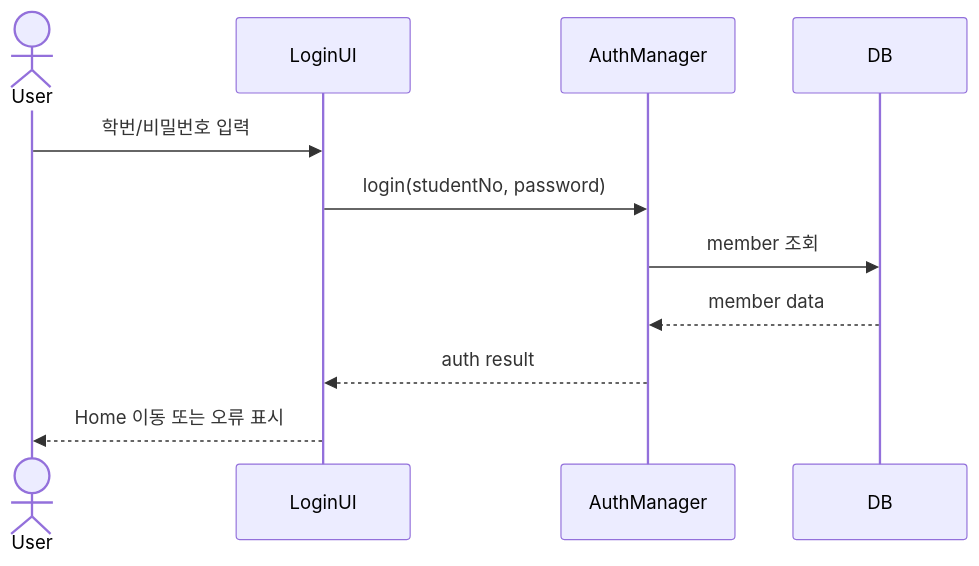
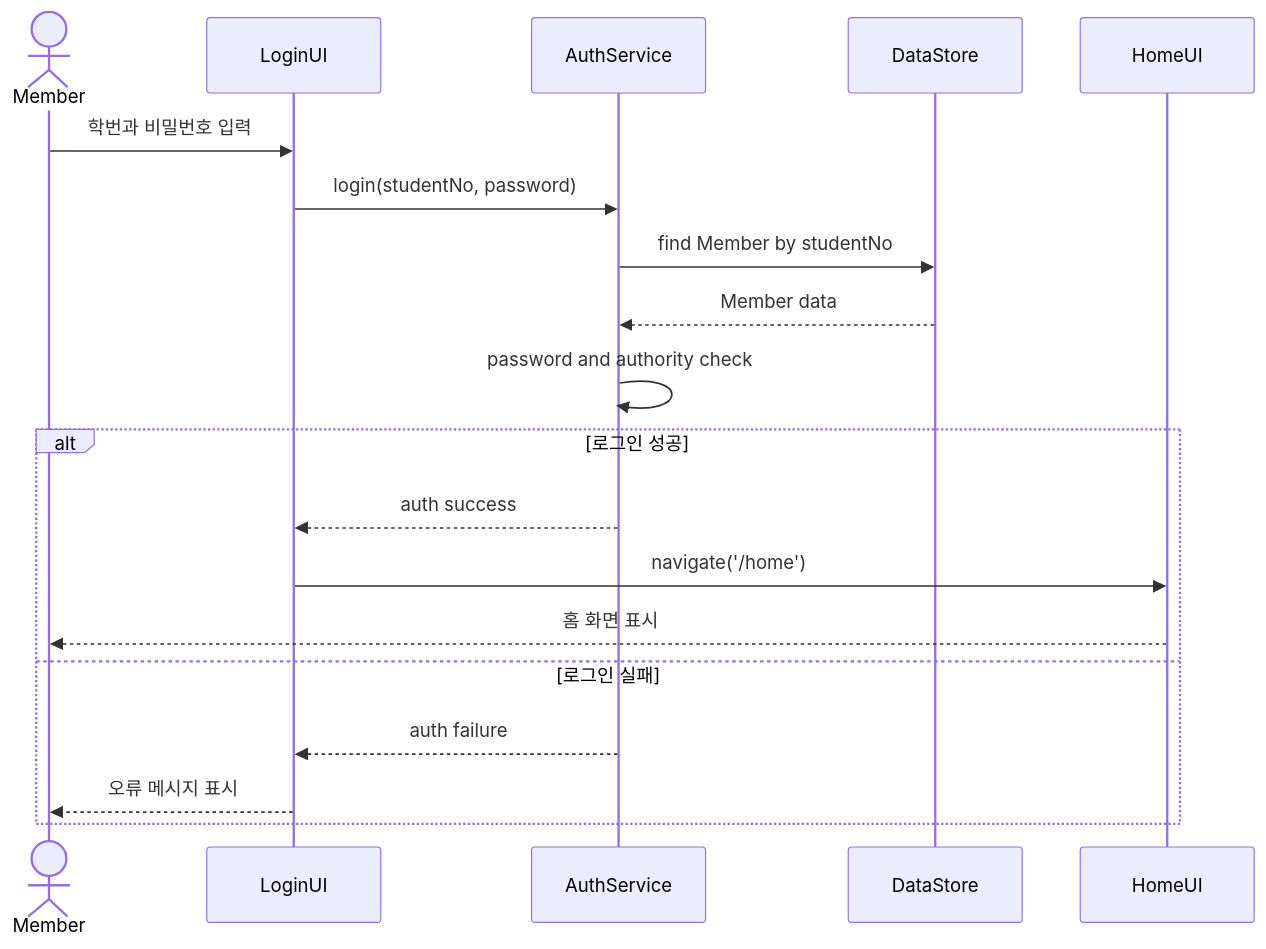
Before and after one commit to goldong23/Jo-Yul: the third of 16 diagrams in Design_22411923_홍주은.md, drawn with Mermaid. The commit also changed other lines of this file, not shown here.

Commit message:
설계 문서 다이어그램 중심으로 재구성

````diff
--- a/Design_22411923_홍주은.md
+++ b/Design_22411923_홍주은.md
@@ -264,14 +284,22 @@
 ```mermaid
 sequenceDiagram
-    actor User
+    actor Member
     participant LoginUI
-    participant AuthManager
-    participant DB
+    participant AuthService
+    participant DataStore
+    participant HomeUI
 
-    User->>LoginUI: 학번/비밀번호 입력
-    LoginUI->>AuthManager: login(studentNo, password)
-    AuthManager->>DB: member 조회
-    DB-->>AuthManager: member data
-    AuthManager-->>LoginUI: auth result
-    LoginUI-->>User: Home 이동 또는 오류 표시
+    Member->>LoginUI: 학번과 비밀번호 입력
+    LoginUI->>AuthService: login(studentNo, password)
+    AuthService->>DataStore: find Member by studentNo
+    DataStore-->>AuthService: Member data
+    AuthService->>AuthService: password and authority check
+    alt 로그인 성공
+        AuthService-->>LoginUI: auth success
+        LoginUI->>HomeUI: navigate('/home')
+        HomeUI-->>Member: 홈 화면 표시
+    else 로그인 실패
+        AuthService-->>LoginUI: auth failure
+        LoginUI-->>Member: 오류 메시지 표시
+    end
 ```
````
